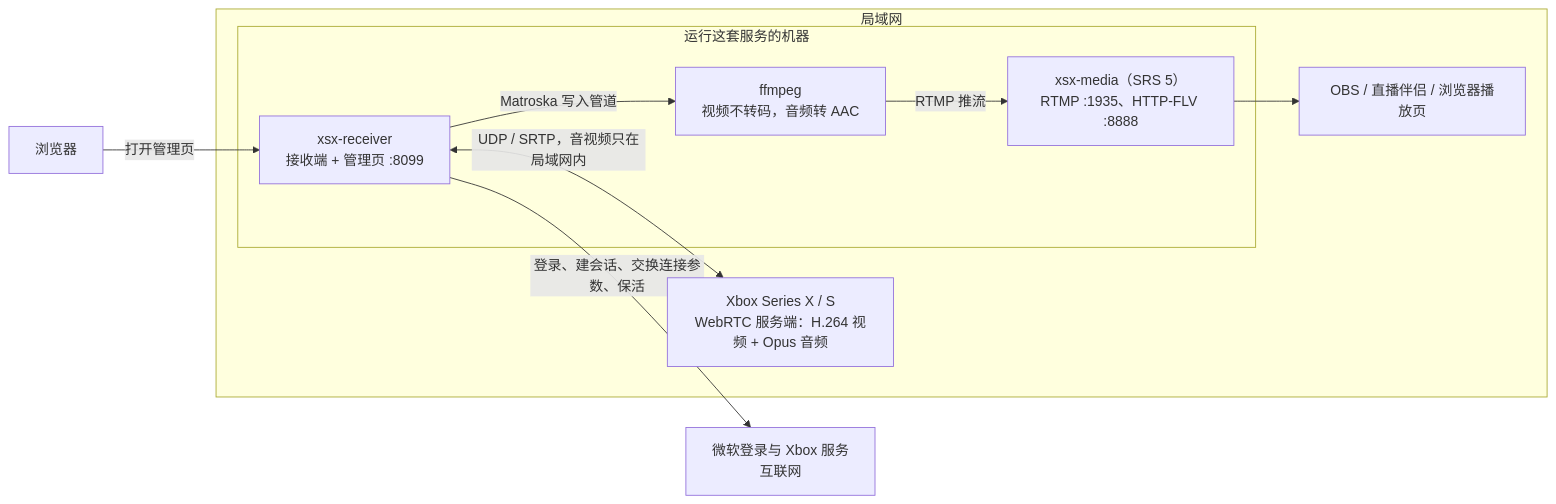
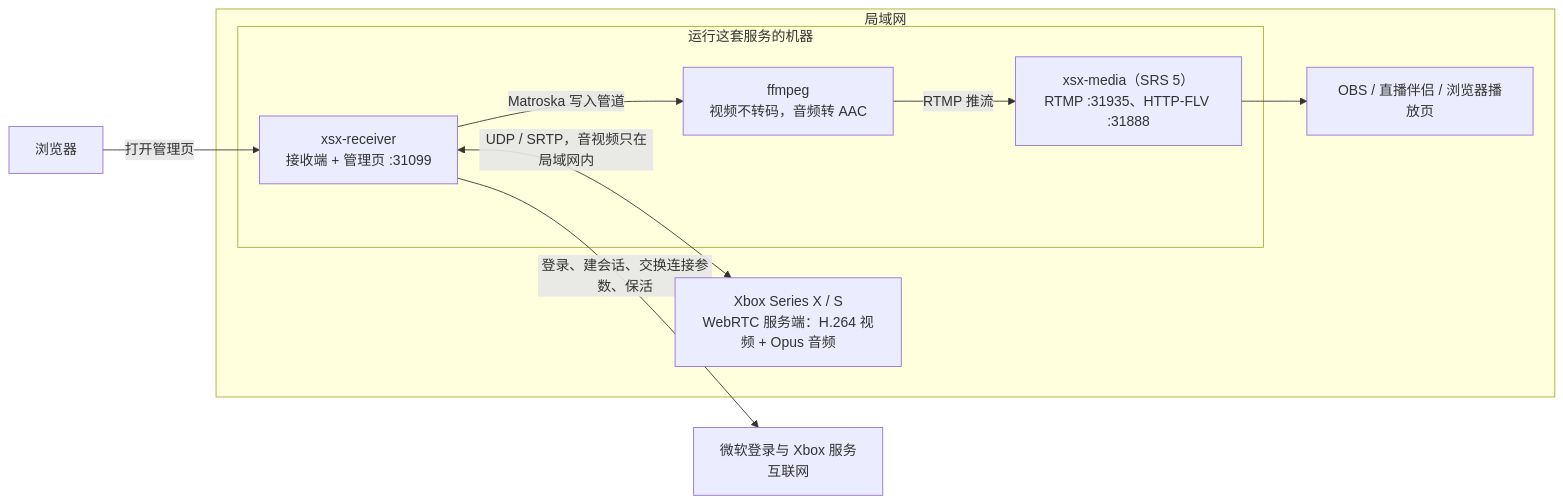
Before and after one commit to hizml/xsx-live: the first of 2 diagrams in README.md, drawn with Mermaid. The commit also changed other lines of this file and 7 other files, not shown here.

````diff
--- a/README.md
+++ b/README.md
@@ -66,19 +66,19 @@
 ```mermaid
 flowchart LR
     MS[微软登录与 Xbox 服务<br/>互联网]
     subgraph LAN[局域网]
         X[Xbox Series X / S<br/>WebRTC 服务端：H.264 视频 + Opus 音频]
         subgraph HOST[运行这套服务的机器]
-            R[xsx-receiver<br/>接收端 + 管理页 :8099]
+            R[xsx-receiver<br/>接收端 + 管理页 :31099]
             F[ffmpeg<br/>视频不转码，音频转 AAC]
-            S[xsx-media（SRS 5）<br/>RTMP :1935、HTTP-FLV :8888]
+            S[xsx-media（SRS 5）<br/>RTMP :31935、HTTP-FLV :31888]
         end
         C[OBS / 直播伴侣 / 浏览器播放页]
     end
     U[浏览器] -->|打开管理页| R
     R -->|登录、建会话、交换连接参数、保活| MS
     R <-->|UDP / SRTP，音视频只在局域网内| X
     R -->|Matroska 写入管道| F
     F -->|RTMP 推流| S
     S --> C
 ```
````
